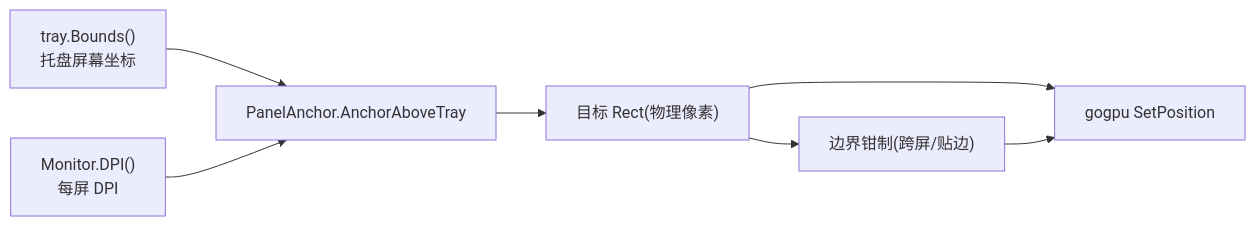
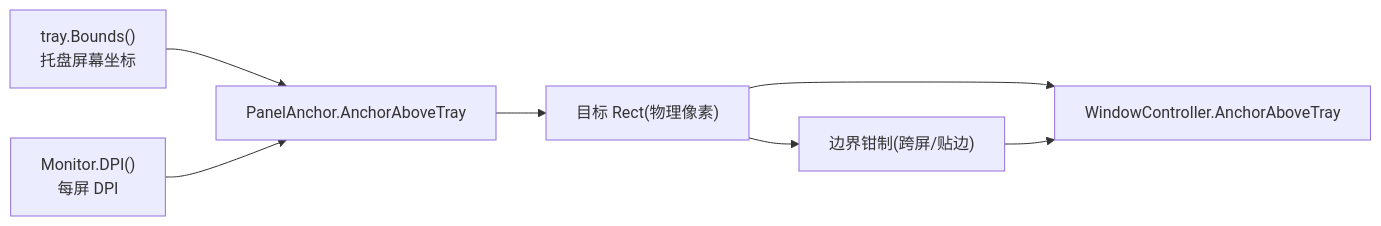
Before and after one commit to shaolei/DeskCalendar: the second of 4 diagrams in docs/20-Platform/MultiMonitor.md, drawn with Mermaid. The commit also changed other lines of this file and 25 other files, not shown here.

````diff
--- a/docs/20-Platform/MultiMonitor.md
+++ b/docs/20-Platform/MultiMonitor.md
@@ -43,9 +43,9 @@
 ```mermaid
 flowchart LR
     Tray["tray.Bounds()\n托盘屏幕坐标"] --> Anchor["PanelAnchor.AnchorAboveTray"]
     DPI["Monitor.DPI()\n每屏 DPI"] --> Anchor
     Anchor --> Pos["目标 Rect(物理像素)"]
-    Pos --> Win["gogpu SetPosition"]
+    Pos --> Win["WindowController.AnchorAboveTray"]
     Pos --> Clamp["边界钳制(跨屏/贴边)"]
     Clamp --> Win
 ```
````
